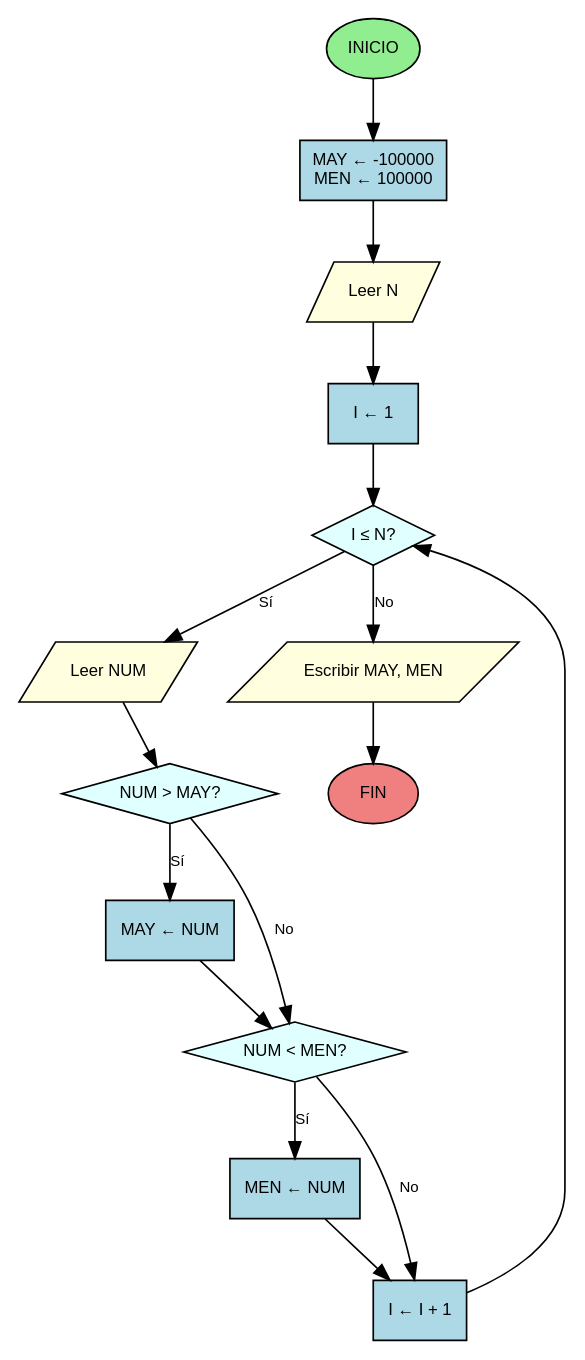
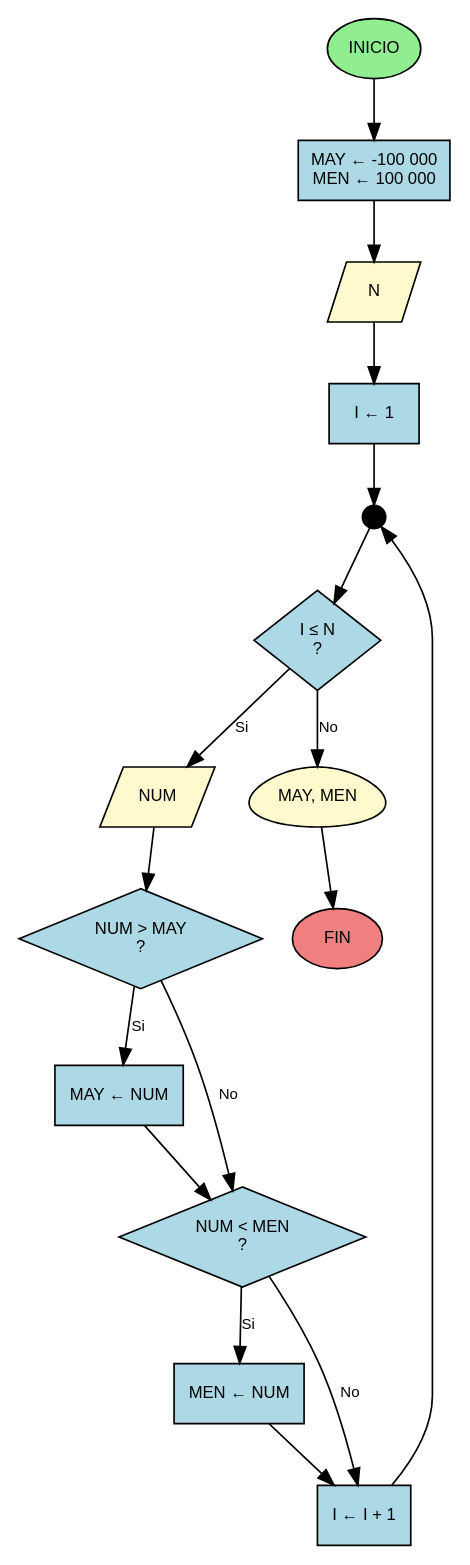
Before and after one commit to D1egoXD/JAVA-TICS: the diagram in diagramas/problema_3_6.dot, drawn with Graphviz. The commit also changed 1 other file, not shown here.

Commit message:
Actualizar diagrama y HTML del problema 3.6 - Mayor y menor de N números

```diff
--- a/diagramas/problema_3_6.dot
+++ b/diagramas/problema_3_6.dot
@@ -1,68 +1,72 @@
 digraph MayorMenor {
     // Configuración general
     rankdir=TB;
-    node [shape=box, style=filled, fillcolor=lightblue, fontname="Arial", fontsize=10];
+    node [shape=box, style=filled, fontname="Arial", fontsize=10];
     edge [fontname="Arial", fontsize=9];
 
     // Nodo inicial
-    start [label="INICIO", shape=ellipse, fillcolor=lightgreen];
+    start [label="INICIO", shape=oval, fillcolor="#90EE90", color=black, fontcolor=black];
 
     // Inicialización de variables
-    init [label="MAY ← -100000\nMEN ← 100000", shape=box, fillcolor=lightblue];
+    init [label="MAY ← -100 000\nMEN ← 100 000", shape=box, fillcolor="#ADD8E6", color=black, fontcolor=black];
 
     // Lectura de N
-    read_n [label="Leer N", shape=parallelogram, fillcolor=lightyellow];
+    readN [label="N", shape=parallelogram, fillcolor="#FFFACD", color=black, fontcolor=black];
 
     // Inicialización del contador
-    init_i [label="I ← 1", shape=box, fillcolor=lightblue];
+    initI [label="I ← 1", shape=box, fillcolor="#ADD8E6", color=black, fontcolor=black];
+
+    // Convergencia antes del ciclo
+    converge1 [label="", shape=circle, width=0.2, height=0.2, fillcolor=black, color=black];
 
     // Decisión del ciclo
-    decision_ciclo [label="I ≤ N?", shape=diamond, fillcolor=lightcyan];
+    decisionCiclo [label="I ≤ N\n?", shape=diamond, fillcolor="#ADD8E6", color=black, fontcolor=black];
 
     // Lectura de NUM
-    read_num [label="Leer NUM", shape=parallelogram, fillcolor=lightyellow];
+    readNum [label="NUM", shape=parallelogram, fillcolor="#FFFACD", color=black, fontcolor=black];
 
     // Primera comparación: NUM > MAY
-    decision_mayor [label="NUM > MAY?", shape=diamond, fillcolor=lightcyan];
-    update_may [label="MAY ← NUM", shape=box, fillcolor=lightblue];
+    decisionMayor [label="NUM > MAY\n?", shape=diamond, fillcolor="#ADD8E6", color=black, fontcolor=black];
+    updateMay [label="MAY ← NUM", shape=box, fillcolor="#ADD8E6", color=black, fontcolor=black];
 
     // Segunda comparación: NUM < MEN
-    decision_menor [label="NUM < MEN?", shape=diamond, fillcolor=lightcyan];
-    update_men [label="MEN ← NUM", shape=box, fillcolor=lightblue];
+    decisionMenor [label="NUM < MEN\n?", shape=diamond, fillcolor="#ADD8E6", color=black, fontcolor=black];
+    updateMen [label="MEN ← NUM", shape=box, fillcolor="#ADD8E6", color=black, fontcolor=black];
 
     // Incremento del contador
-    increment [label="I ← I + 1", shape=box, fillcolor=lightblue];
+    increment [label="I ← I + 1", shape=box, fillcolor="#ADD8E6", color=black, fontcolor=black];
 
     // Escritura de resultados
-    write_output [label="Escribir MAY, MEN", shape=parallelogram, fillcolor=lightyellow];
+    writeOutput [label="MAY, MEN", shape=egg, fillcolor="#FFFACD", color=black, fontcolor=black];
 
     // Nodo final
-    end [label="FIN", shape=ellipse, fillcolor=lightcoral];
+    end [label="FIN", shape=oval, fillcolor="#F08080", color=black, fontcolor=black];
 
     // Conexiones principales
     start -> init;
-    init -> read_n;
-    read_n -> init_i;
-    init_i -> decision_ciclo;
+    init -> readN;
+    readN -> initI;
+    initI -> converge1;
+    converge1 -> decisionCiclo;
 
     // Ciclo principal
-    decision_ciclo -> read_num [label="Sí"];
-    decision_ciclo -> write_output [label="No"];
+    decisionCiclo -> readNum [label="Si"];
+    decisionCiclo -> writeOutput [label="No"];
 
     // Flujo dentro del ciclo
-    read_num -> decision_mayor;
+    readNum -> decisionMayor;
 
-    decision_mayor -> update_may [label="Sí"];
-    decision_mayor -> decision_menor [label="No"];
-    update_may -> decision_menor;
+    decisionMayor -> updateMay [label="Si"];
+    decisionMayor -> decisionMenor [label="No"];
+    updateMay -> decisionMenor;
 
-    decision_menor -> update_men [label="Sí"];
-    decision_menor -> increment [label="No"];
-    update_men -> increment;
+    decisionMenor -> updateMen [label="Si"];
+    decisionMenor -> increment [label="No"];
+    updateMen -> increment;
 
     // Regreso al inicio del ciclo
-    increment -> decision_ciclo;
+    increment -> converge1;
 
     // Final
-    write_output -> end;
+    writeOutput -> end;
 }
```
